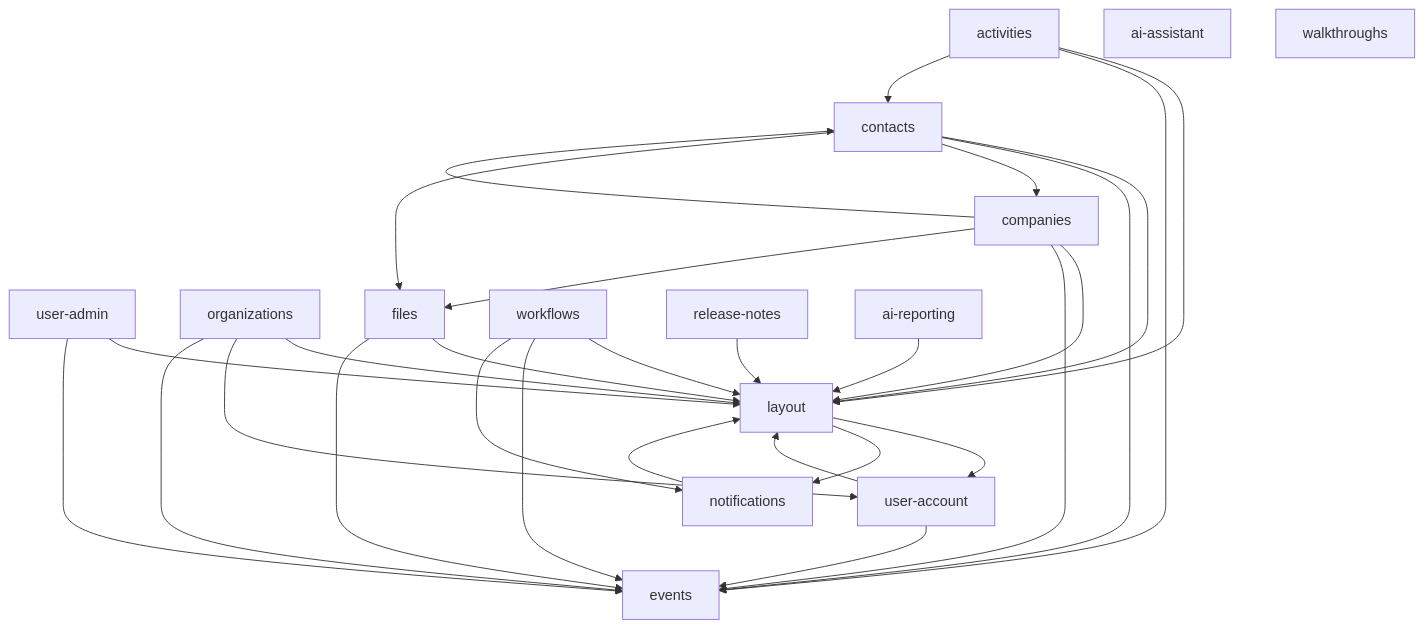
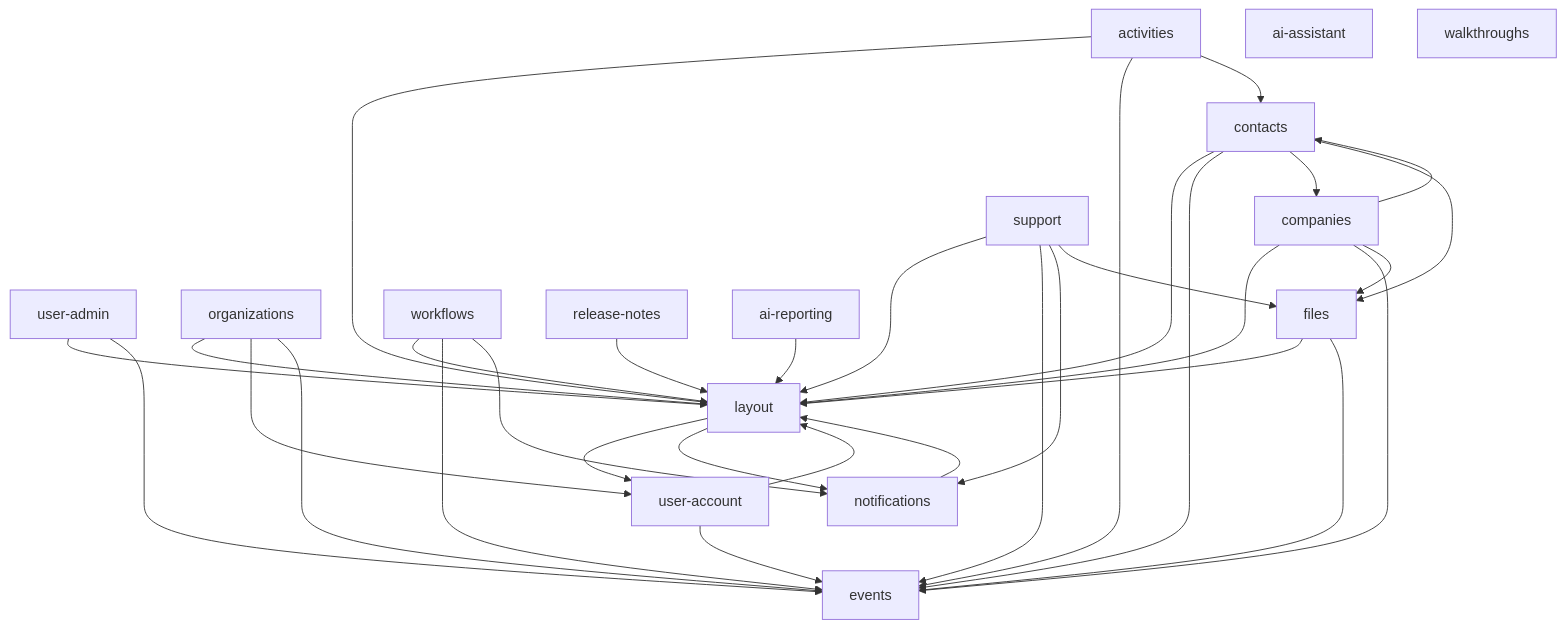
One commit to lowdefy/modules-mongodb changed the diagram in docs/index.md. Above: the diagram before and after it, drawn with Mermaid. The commit also changed other lines of this file and 23 other files, not shown here.

````diff
--- a/docs/index.md
+++ b/docs/index.md
@@ -36,34 +37,38 @@
 ```mermaid
 graph TD
   layout --> user-account
   layout --> notifications
   user-account --> layout
   user-account --> events
   user-admin --> layout
   user-admin --> events
   organizations --> layout
   organizations --> user-account
   organizations --> events
   notifications --> layout
   contacts --> layout
   contacts --> events
   contacts --> companies
   contacts --> files
   companies --> layout
   companies --> events
   companies --> contacts
   companies --> files
   files --> layout
   files --> events
   activities --> layout
   activities --> events
   activities --> contacts
   ai-assistant
   walkthroughs
   workflows --> layout
   workflows --> events
   workflows --> notifications
   release-notes --> layout
   events
   ai-reporting --> layout
+  support --> layout
+  support --> events
+  support --> notifications
+  support --> files
 ```
````
